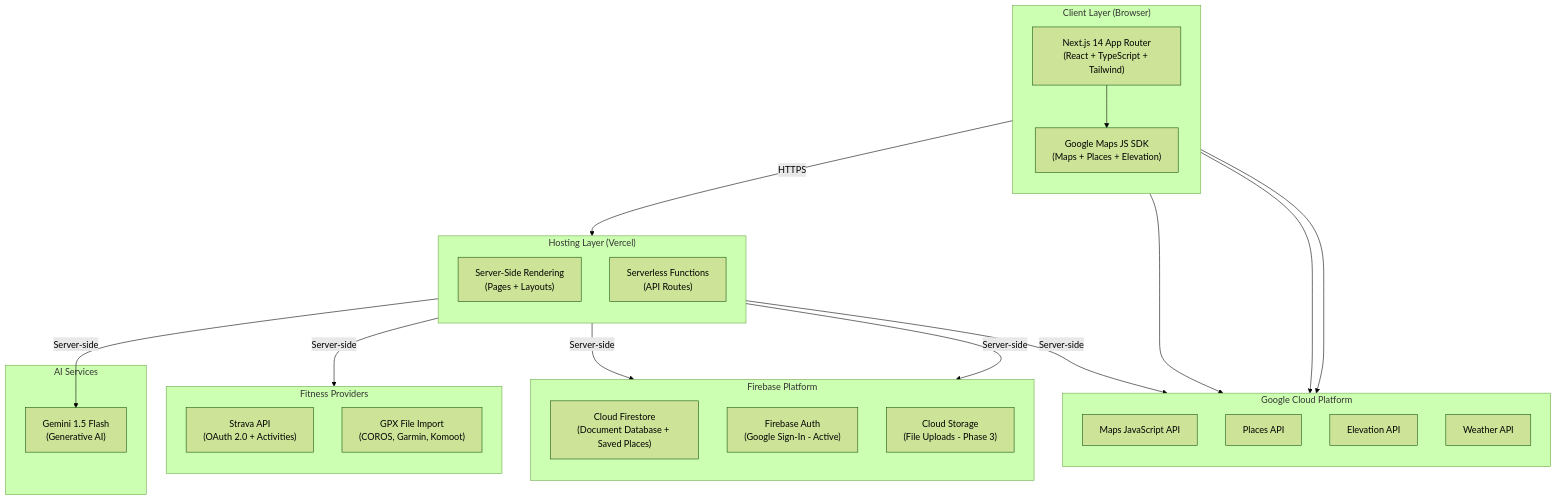
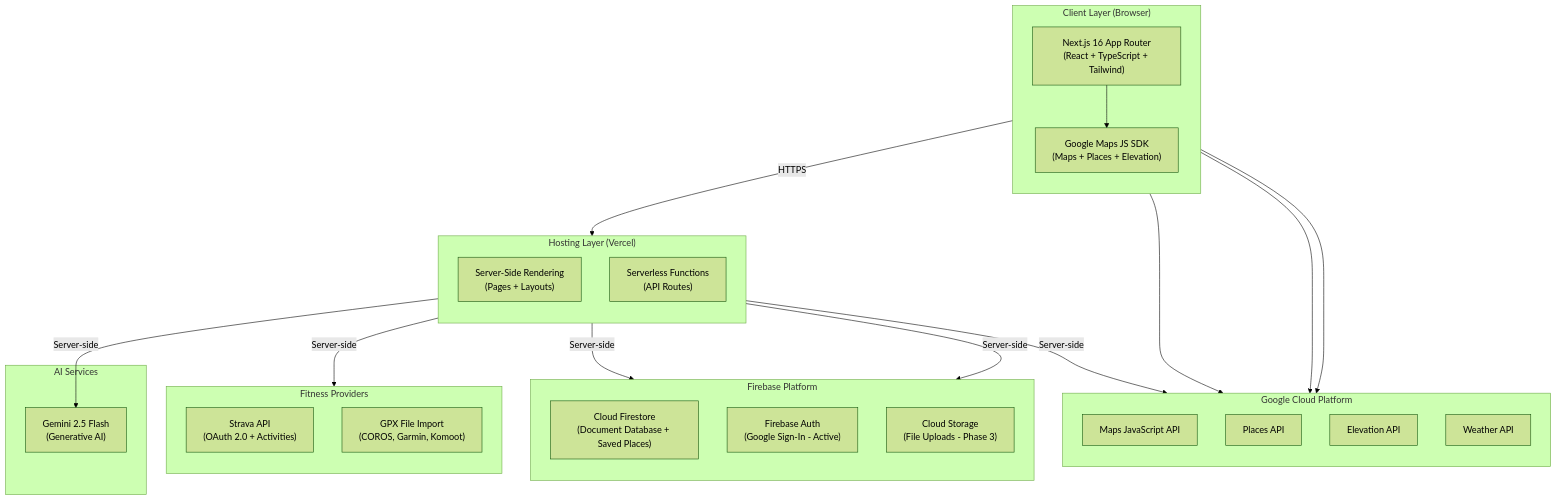
Before and after one commit to Oweeboi011/Fit-Ready-IQ: the first of 17 diagrams in docs/wiki/ARCHITECTURE.md, drawn with Mermaid (forest theme). The commit also changed other lines of this file and 11 other files, not shown here.

First line of the commit message:
docs: fix stale paths, branch flow, versions, and structural bugs

````diff
--- a/docs/wiki/ARCHITECTURE.md
+++ b/docs/wiki/ARCHITECTURE.md
@@ -15,51 +15,51 @@
 ```mermaid
 graph TB
     subgraph Client["Client Layer (Browser)"]
         direction TB
-        NextApp["Next.js 14 App Router<br/>(React + TypeScript + Tailwind)"]
+        NextApp["Next.js 16 App Router<br/>(React + TypeScript + Tailwind)"]
         MapsSDK["Google Maps JS SDK<br/>(Maps + Places + Elevation)"]
     end
 
     subgraph Vercel["Hosting Layer (Vercel)"]
         direction TB
         SSR["Server-Side Rendering<br/>(Pages + Layouts)"]
         SR["Serverless Functions<br/>(API Routes)"]
     end
 
     subgraph GoogleCloud["Google Cloud Platform"]
         direction TB
         MapsAPI["Maps JavaScript API"]
         PlacesAPI["Places API"]
         ElevationAPI["Elevation API"]
         WeatherAPI["Weather API"]
     end
 
     subgraph Firebase["Firebase Platform"]
         direction TB
         Firestore["Cloud Firestore<br/>(Document Database + Saved Places)"]
         FireAuth["Firebase Auth<br/>(Google Sign-In - Active)"]
         FireStorage["Cloud Storage<br/>(File Uploads - Phase 3)"]
     end
 
     subgraph Providers["Fitness Providers"]
         direction TB
         StravaAPI["Strava API<br/>(OAuth 2.0 + Activities)"]
         GPXFiles["GPX File Import<br/>(COROS, Garmin, Komoot)"]
     end
 
     subgraph AI["AI Services"]
-        GeminiAPI["Gemini 1.5 Flash<br/>(Generative AI)"]
+        GeminiAPI["Gemini 2.5 Flash<br/>(Generative AI)"]
     end
 
     Client -->|HTTPS| Vercel
     NextApp --> MapsSDK
     MapsSDK --> MapsAPI
     MapsSDK --> PlacesAPI
     MapsSDK --> ElevationAPI
 
     SR -->|Server-side| WeatherAPI
     SR -->|Server-side| GeminiAPI
     SR -->|Server-side| StravaAPI
     SR -->|Server-side| Firestore
     SR -->|Server-side| FireAuth
 ```
````
